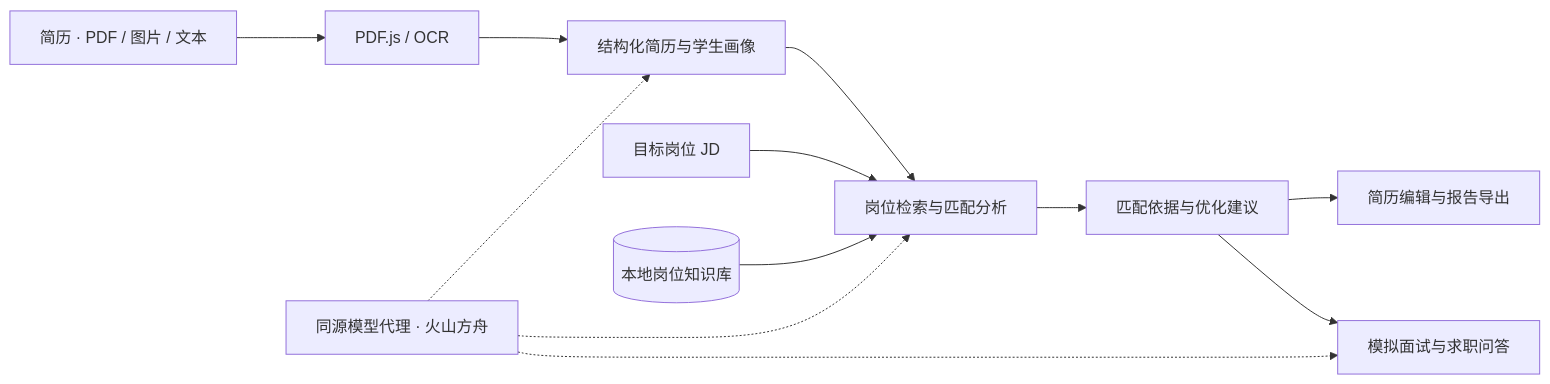
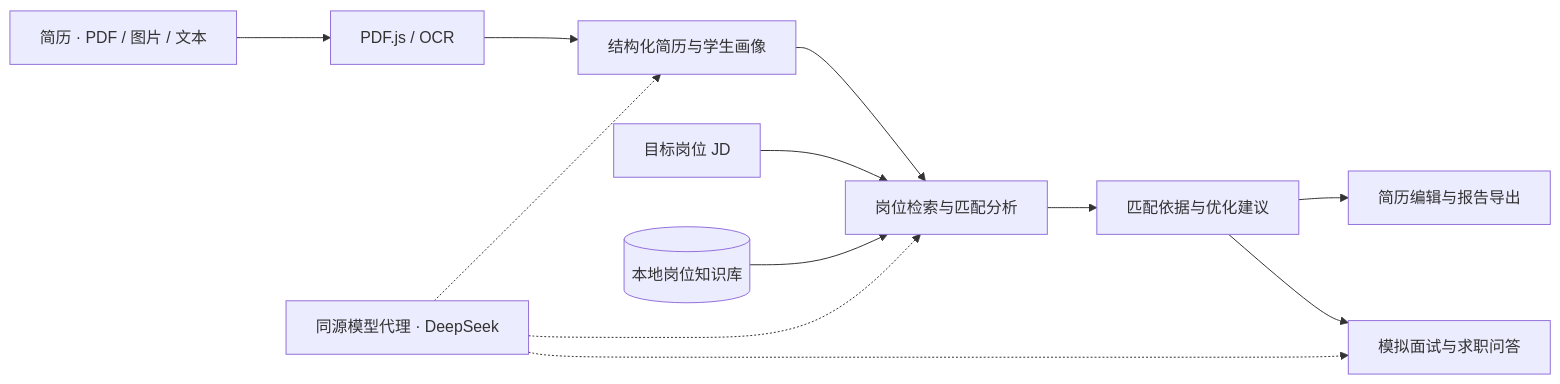
One commit to lljjcc426/Kongming-Student-Job-Matching-Agent changed the diagram in README.md. Above: the diagram before and after it, drawn with Mermaid. The commit also changed other lines of this file and 12 other files, not shown here.

Commit message:
fix: switch server model calls to DeepSeek

````diff
--- a/README.md
+++ b/README.md
@@ -105,14 +105,14 @@
 ```mermaid
 flowchart LR
     A[简历 · PDF / 图片 / 文本] --> B[PDF.js / OCR]
     B --> C[结构化简历与学生画像]
     C --> D[岗位检索与匹配分析]
     J[目标岗位 JD] --> D
     K[(本地岗位知识库)] --> D
     D --> E[匹配依据与优化建议]
     E --> F[简历编辑与报告导出]
     E --> G[模拟面试与求职问答]
-    M[同源模型代理 · 火山方舟] -.-> C
+    M[同源模型代理 · DeepSeek] -.-> C
     M -.-> D
     M -.-> G
 ```
````
